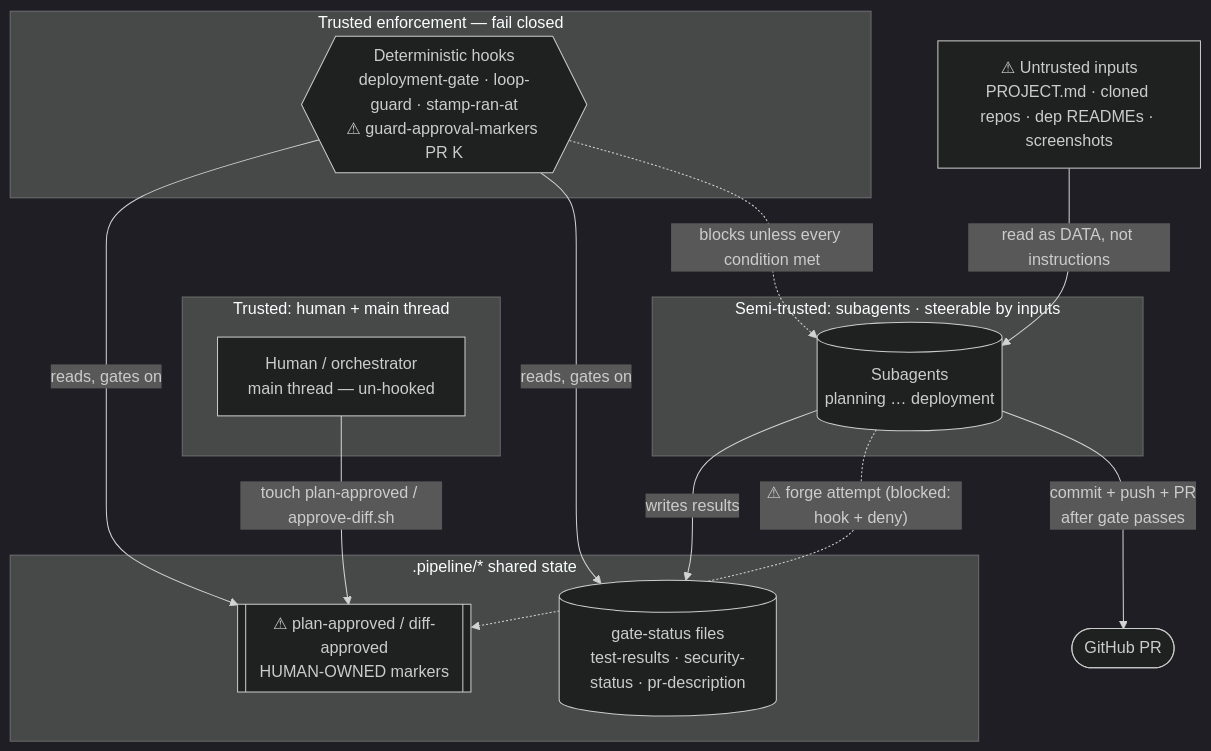
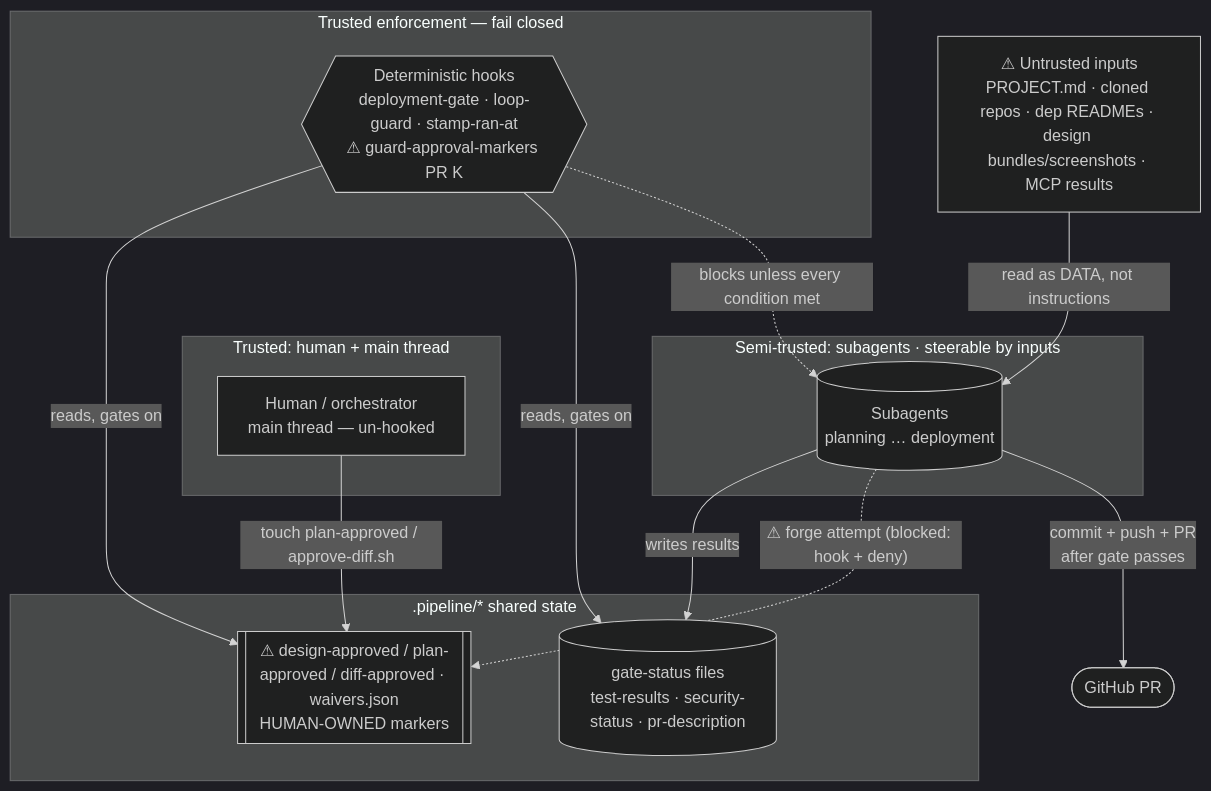
One commit to bretthinkle123/claude-agentic-workflow changed the diagram in docs/pipeline-threat-model.md. Above: the diagram before and after it, drawn with Mermaid (dark theme). The commit also changed other lines of this file and 1 other file, not shown here.

First line of the commit message:
docs: sync live reference docs with the design-spec stage (9 agents, 3 checkpoints)

````diff
--- a/docs/pipeline-threat-model.md
+++ b/docs/pipeline-threat-model.md
@@ -105,27 +107,27 @@
 ```mermaid
 flowchart TD
     subgraph human_zone[Trusted: human + main thread]
         H[Human / orchestrator\nmain thread — un-hooked]
     end
     subgraph agent_zone[Semi-trusted: subagents · steerable by inputs]
         SA[(Subagents\nplanning … deployment)]
     end
     subgraph state_zone[.pipeline/* shared state]
-        MARK[["⚠ plan-approved / diff-approved\nHUMAN-OWNED markers"]]
+        MARK[["⚠ design-approved / plan-approved / diff-approved · waivers.json\nHUMAN-OWNED markers"]]
         GST[(gate-status files\ntest-results · security-status · pr-description)]
     end
     subgraph enforce[Trusted enforcement — fail closed]
         HOOKS{{Deterministic hooks\ndeployment-gate · loop-guard · stamp-ran-at\n⚠ guard-approval-markers PR K}}
     end
-    EXT["⚠ Untrusted inputs\nPROJECT.md · cloned repos · dep READMEs · screenshots"]
+    EXT["⚠ Untrusted inputs\nPROJECT.md · cloned repos · dep READMEs · design bundles/screenshots · MCP results"]
     GH([GitHub PR])
 
     H -->|touch plan-approved / approve-diff.sh| MARK
     EXT -->|read as DATA, not instructions| SA
     SA -->|writes results| GST
     SA -.->|"⚠ forge attempt (blocked: hook + deny)"| MARK
     HOOKS -->|reads, gates on| MARK
     HOOKS -->|reads, gates on| GST
     SA -->|commit + push + PR\nafter gate passes| GH
     HOOKS -.->|blocks unless every condition met| SA
 ```
````
